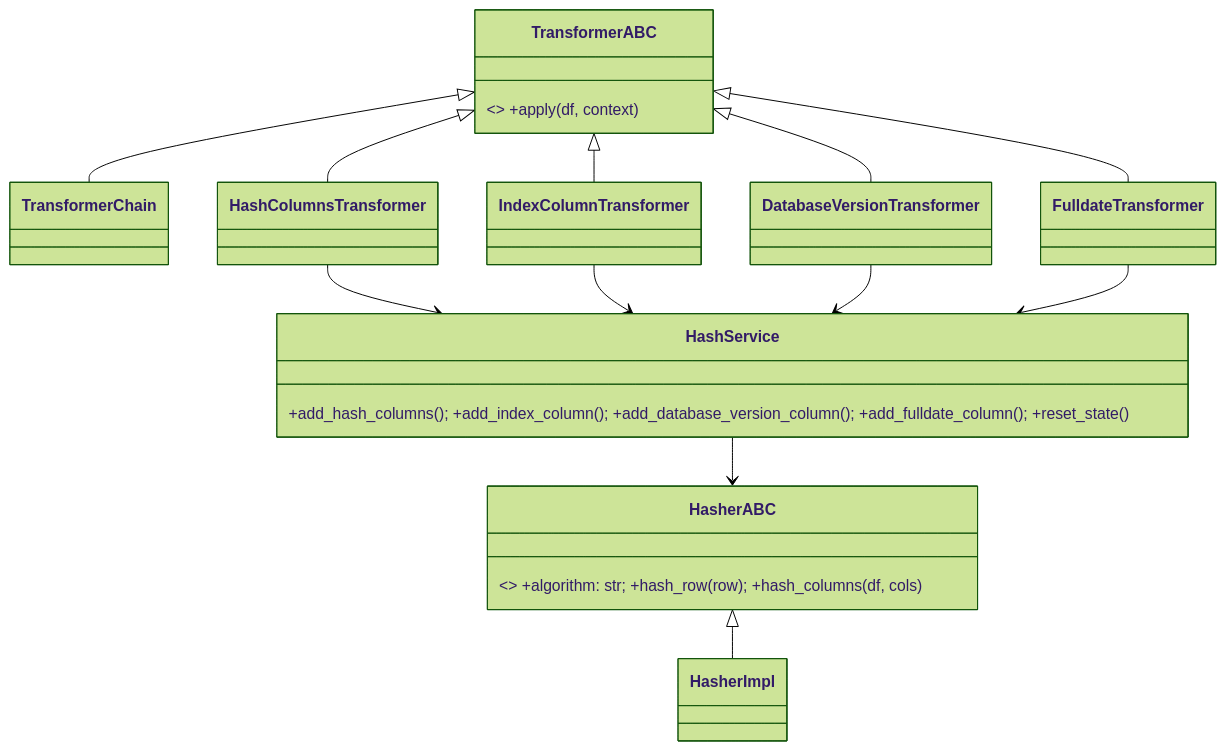
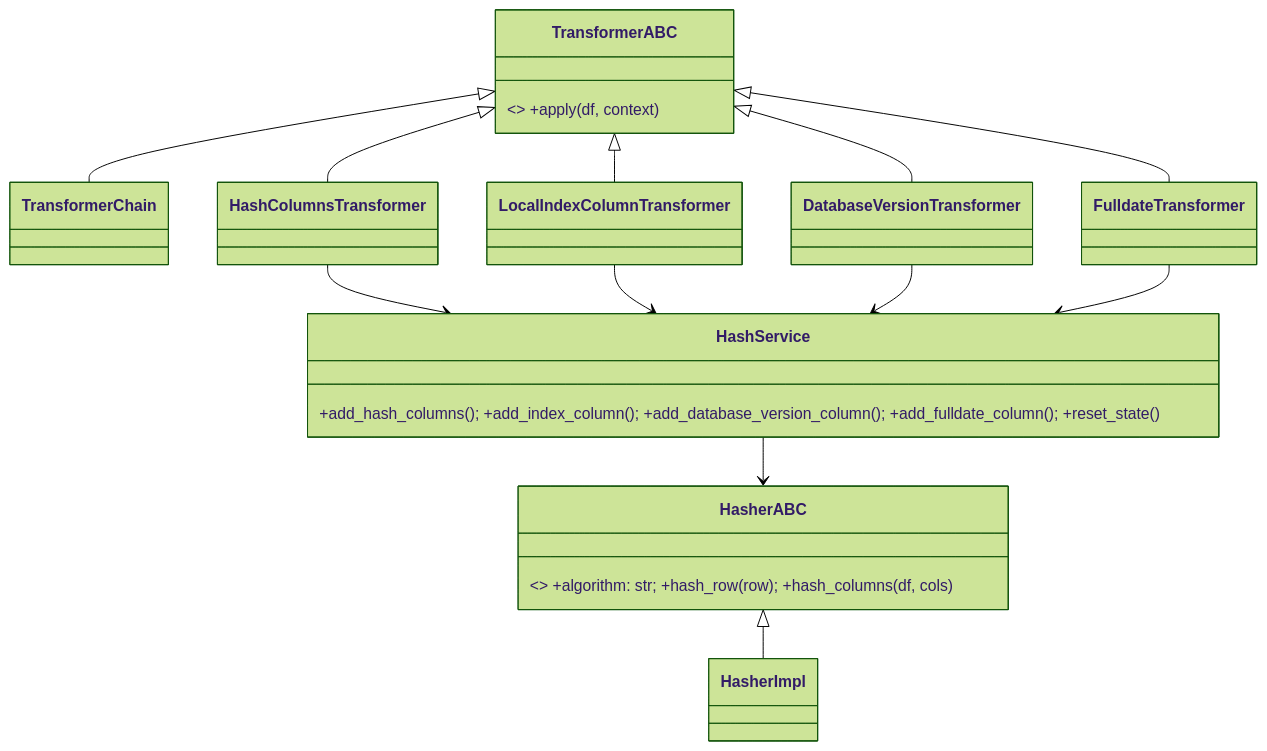
The fourth of 6 diagrams in docs/domain-class-diagrams.md (SatoryKono/BioactivityDataAcquisition), drawn with Mermaid (forest theme) before and after one commit. The commit also changed 11 other files, not shown here.

````diff
--- a/docs/domain-class-diagrams.md
+++ b/docs/domain-class-diagrams.md
@@ -132,24 +132,24 @@
 ```mermaid
 classDiagram
     class HasherABC { <<ABC>> +algorithm: str; +hash_row(row); +hash_columns(df, cols) }
     class HasherImpl
     class HashService { +add_hash_columns(); +add_index_column(); +add_database_version_column(); +add_fulldate_column(); +reset_state() }
     class TransformerABC { <<ABC>> +apply(df, context) }
     class TransformerChain
     class HashColumnsTransformer
-    class IndexColumnTransformer
+    class LocalIndexColumnTransformer
     class DatabaseVersionTransformer
     class FulldateTransformer
 
     HasherABC <|-- HasherImpl
     HashService --> HasherABC
     TransformerABC <|-- TransformerChain
     TransformerABC <|-- HashColumnsTransformer
-    TransformerABC <|-- IndexColumnTransformer
+    TransformerABC <|-- LocalIndexColumnTransformer
     TransformerABC <|-- DatabaseVersionTransformer
     TransformerABC <|-- FulldateTransformer
     HashColumnsTransformer --> HashService
-    IndexColumnTransformer --> HashService
+    LocalIndexColumnTransformer --> HashService
     DatabaseVersionTransformer --> HashService
     FulldateTransformer --> HashService
 ```
````
